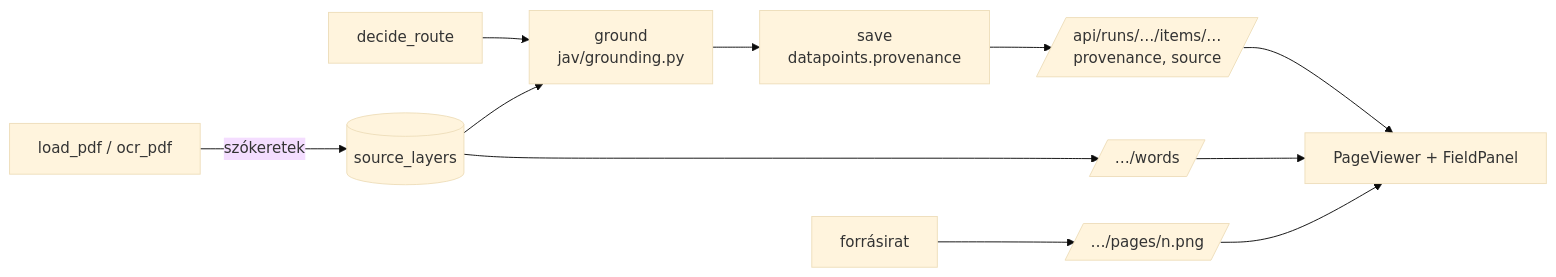
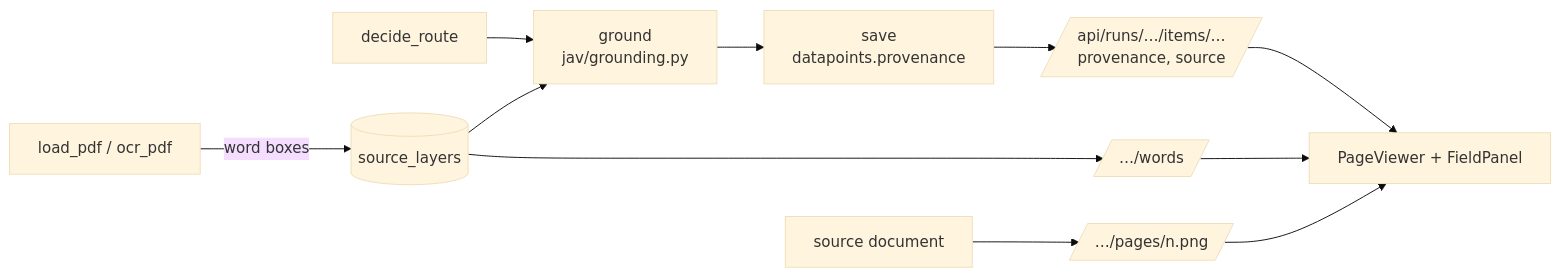
Before and after one commit to kassaiattila/58_JEV_AI: the third of 4 diagrams in docs/ARCHITECTURE.md, drawn with Mermaid (base theme). The commit also changed other lines of this file and 15 other files, not shown here.

````diff
--- a/docs/ARCHITECTURE.md
+++ b/docs/ARCHITECTURE.md
@@ -246,12 +280,12 @@
 ```mermaid
 flowchart LR
-  LOAD[load_pdf / ocr_pdf] -->|szókeretek| SL[(source_layers)]
+  LOAD[load_pdf / ocr_pdf] -->|word boxes| SL[(source_layers)]
   DR[decide_route] --> G[ground<br/>jav/grounding.py] --> SAVE[save<br/>datapoints.provenance]
   SL --> G
   SAVE --> API[/api/runs/…/items/…<br/>provenance, source/]
   SL --> W[/…/words/]
-  PDF[forrásirat] --> IMG[/…/pages/n.png/]
+  PDF[source document] --> IMG[/…/pages/n.png/]
   API --> UI[PageViewer + FieldPanel]
   W --> UI
   IMG --> UI
 ```
````
